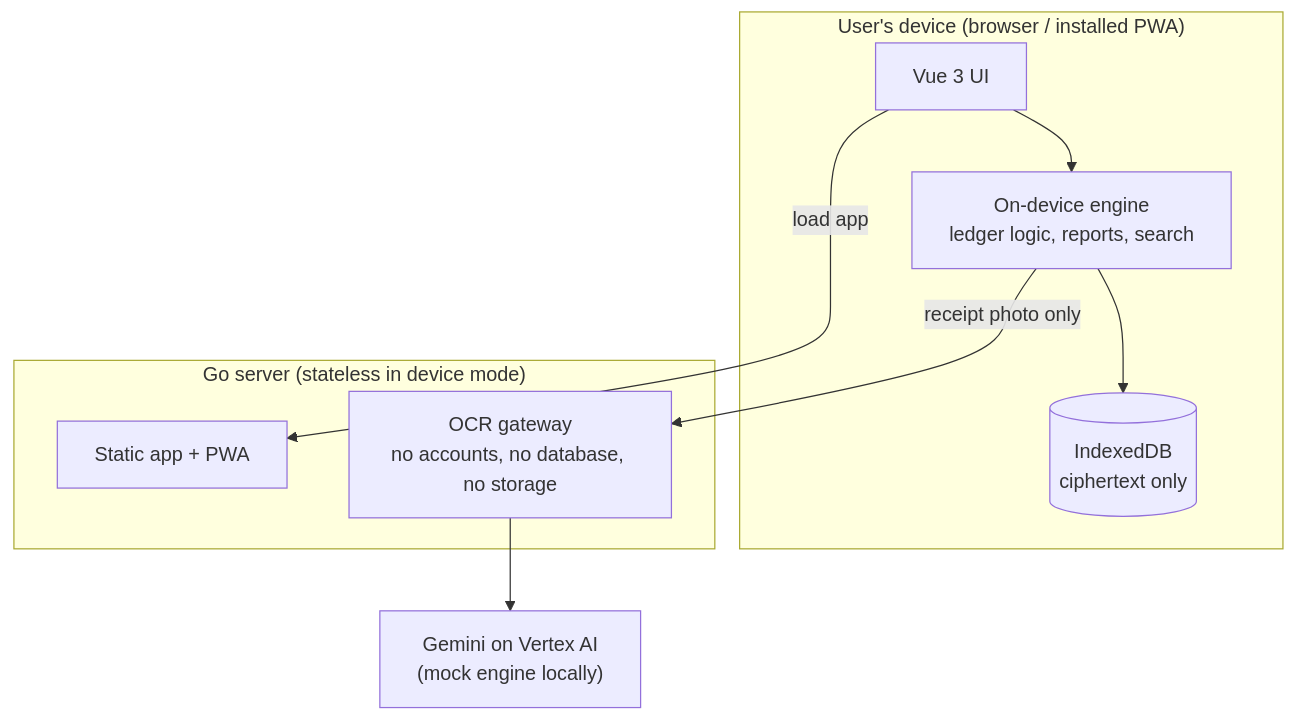
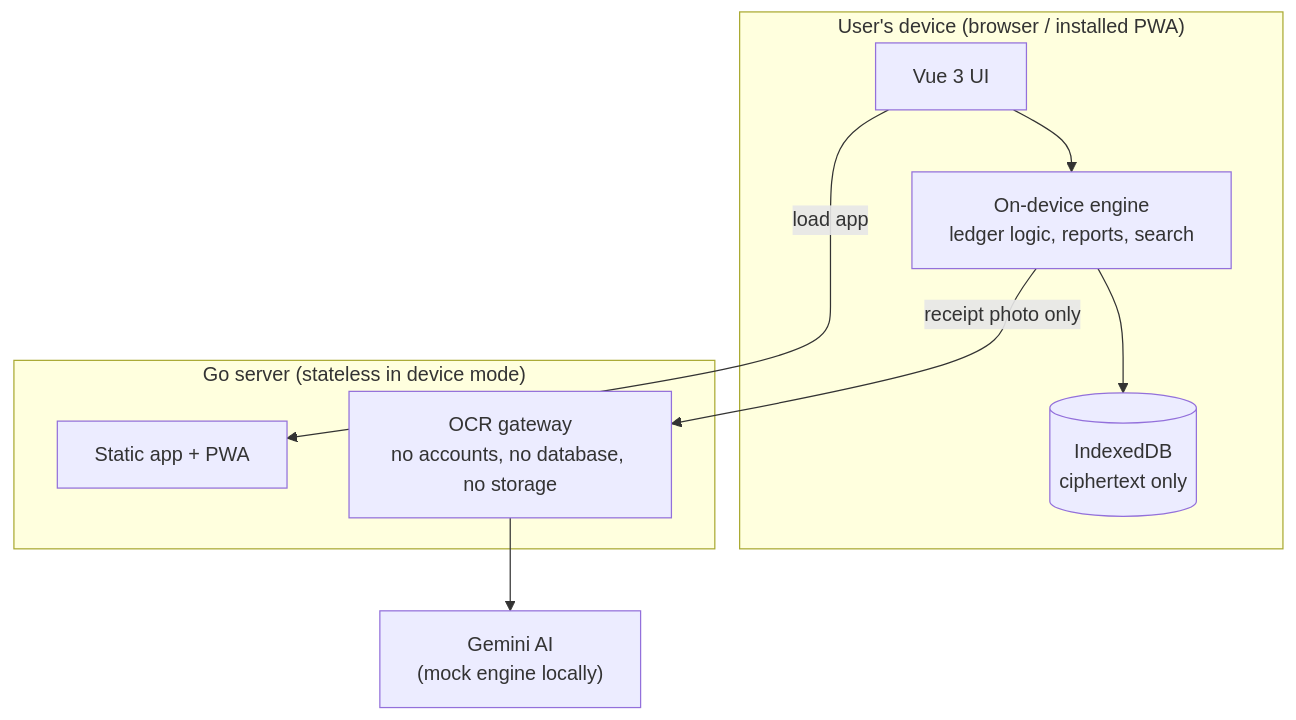
Before and after one commit to WahyuAriyadi/SmartLedger: the first of 5 diagrams in README.md, drawn with Mermaid. The commit also changed other lines of this file and 20 other files, not shown here.

````diff
--- a/README.md
+++ b/README.md
@@ -43,20 +43,20 @@
 ```mermaid
 flowchart TB
     subgraph Device["User's device (browser / installed PWA)"]
         UI["Vue 3 UI"]
         ENG["On-device engine<br/>ledger logic, reports, search"]
         VAULT[("IndexedDB<br/>ciphertext only")]
         UI --> ENG --> VAULT
     end
 
     subgraph Server["Go server (stateless in device mode)"]
         STATIC["Static app + PWA"]
         GW["OCR gateway<br/>no accounts, no database, no storage"]
     end
 
-    OCR["Gemini on Vertex AI<br/>(mock engine locally)"]
+    OCR["Gemini AI<br/>(mock engine locally)"]
 
     UI -->|"load app"| STATIC
     ENG -->|"receipt photo only"| GW
     GW --> OCR
 ```
````
